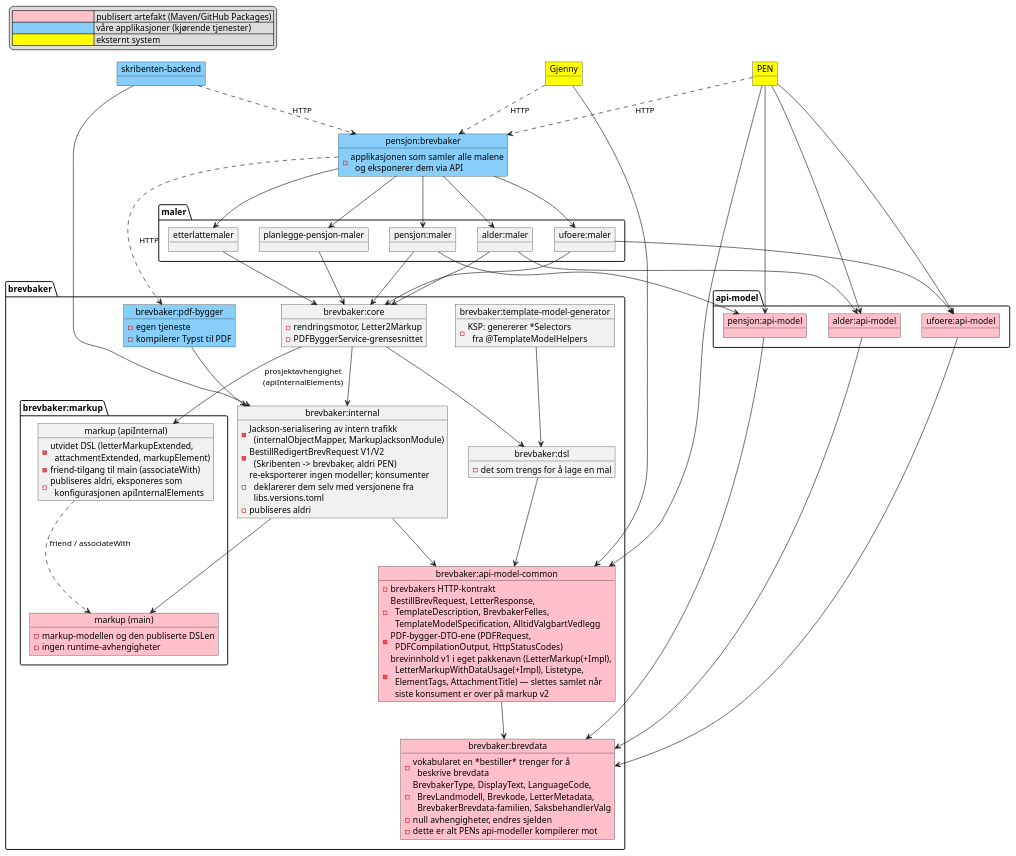
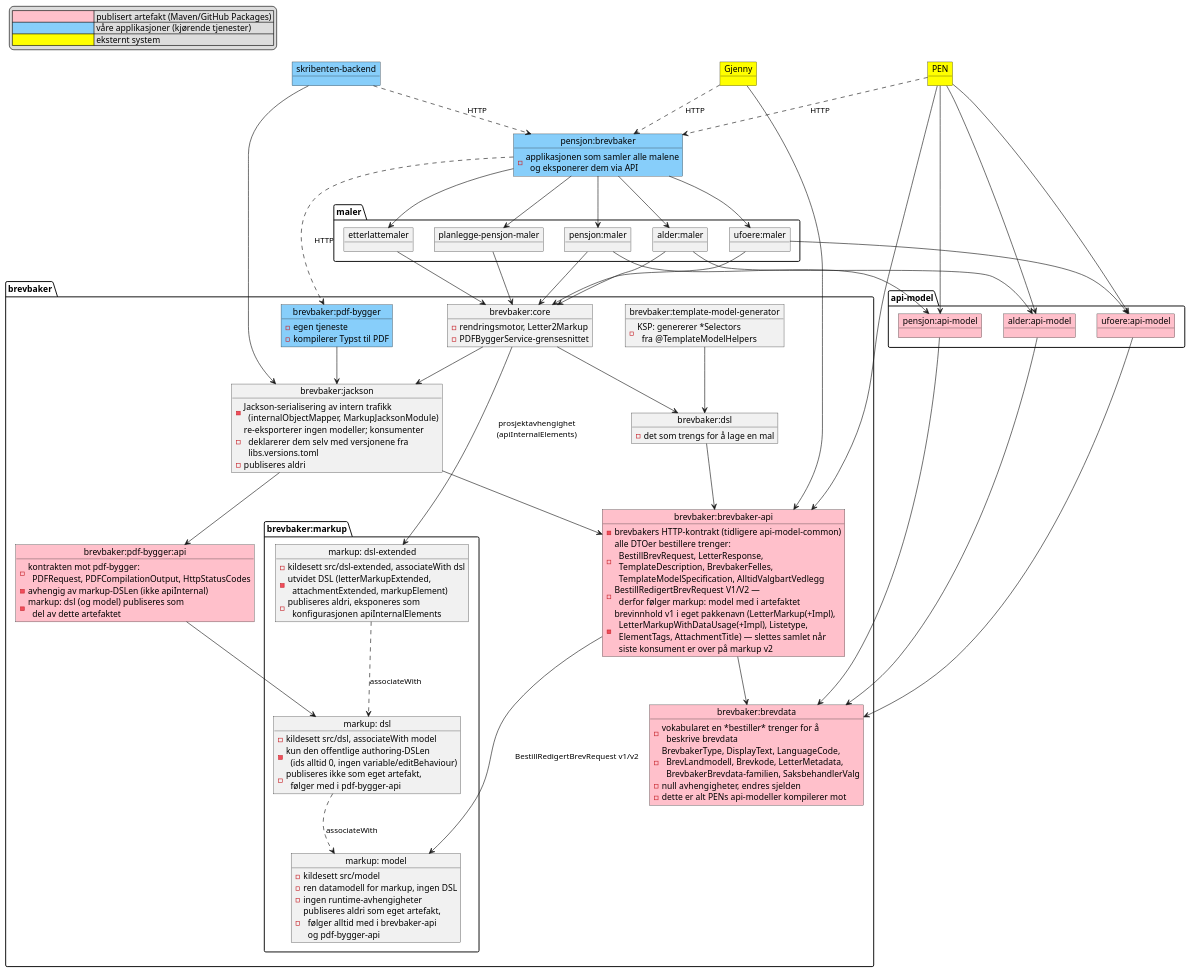
Before and after one commit to navikt/pensjonsbrev: the diagram in docs/modules/ROOT/examples/moduldiagram.puml, drawn with PlantUML.

```diff
--- a/docs/modules/ROOT/examples/moduldiagram.puml
+++ b/docs/modules/ROOT/examples/moduldiagram.puml
@@ -1,123 +1,137 @@
 @startuml
 
 legend top left
   |<#pink><color:#pink>WWWWWWWWWW</color> | publisert artefakt (Maven/GitHub Packages) |
   |<#lightskyblue><color:#lightskyblue>WWWWWWWWWW</color> | våre applikasjoner (kjørende tjenester) |
   |<#yellow><color:#yellow>WWWWWWWWWW</color> | eksternt system |
 endlegend
 
 package "brevbaker" {
 
   object "brevbaker:brevdata" as brevdata #pink
   brevdata : - vokabularet en *bestiller* trenger for å\n  beskrive brevdata
   brevdata : - BrevbakerType, DisplayText, LanguageCode,\n  BrevLandmodell, Brevkode, LetterMetadata,\n  BrevbakerBrevdata-familien, SaksbehandlerValg
   brevdata : - null avhengigheter, endres sjelden
   brevdata : - dette er alt PENs api-modeller kompilerer mot
 
-  object "brevbaker:api-model-common" as modelcommon #pink
-  modelcommon : - brevbakers HTTP-kontrakt
-  modelcommon : - BestillBrevRequest, LetterResponse,\n  TemplateDescription, BrevbakerFelles,\n  TemplateModelSpecification, AlltidValgbartVedlegg
-  modelcommon : - PDF-bygger-DTO-ene (PDFRequest,\n  PDFCompilationOutput, HttpStatusCodes)
-  modelcommon : - brevinnhold v1 i eget pakkenavn (LetterMarkup(+Impl),\n  LetterMarkupWithDataUsage(+Impl), Listetype,\n  ElementTags, AttachmentTitle) — slettes samlet når\n  siste konsument er over på markup v2
+  object "brevbaker:brevbaker-api" as brevbakerapi #pink
+  brevbakerapi : - brevbakers HTTP-kontrakt (tidligere api-model-common)
+  brevbakerapi : - alle DTOer bestillere trenger:\n  BestillBrevRequest, LetterResponse,\n  TemplateDescription, BrevbakerFelles,\n  TemplateModelSpecification, AlltidValgbartVedlegg
+  brevbakerapi : - BestillRedigertBrevRequest V1/V2 —\n  derfor følger markup: model med i artefaktet
+  brevbakerapi : - brevinnhold v1 i eget pakkenavn (LetterMarkup(+Impl),\n  LetterMarkupWithDataUsage(+Impl), Listetype,\n  ElementTags, AttachmentTitle) — slettes samlet når\n  siste konsument er over på markup v2
 
   package "brevbaker:markup" {
-    object "markup (main)" as markup #pink
-    markup : - markup-modellen og den publiserte DSLen
-    markup : - ingen runtime-avhengigheter
+    object "markup: model" as markupModel
+    markupModel : - kildesett src/model
+    markupModel : - ren datamodell for markup, ingen DSL
+    markupModel : - ingen runtime-avhengigheter
+    markupModel : - publiseres aldri som eget artefakt,\n  følger alltid med i brevbaker-api\n  og pdf-bygger-api
 
-    object "markup (apiInternal)" as markupInternal
+    object "markup: dsl" as markup
+    markup : - kildesett src/dsl, associateWith model
+    markup : - kun den offentlige authoring-DSLen\n  (ids alltid 0, ingen variable/editBehaviour)
+    markup : - publiseres ikke som eget artefakt,\n  følger med i pdf-bygger-api
+
+    object "markup: dsl-extended" as markupInternal
+    markupInternal : - kildesett src/dsl-extended, associateWith dsl
     markupInternal : - utvidet DSL (letterMarkupExtended,\n  attachmentExtended, markupElement)
-    markupInternal : - friend-tilgang til main (associateWith)
     markupInternal : - publiseres aldri, eksponeres som\n  konfigurasjonen apiInternalElements
   }
 
-  object "brevbaker:internal" as internal
-  internal : - Jackson-serialisering av intern trafikk\n  (internalObjectMapper, MarkupJacksonModule)
-  internal : - BestillRedigertBrevRequest V1/V2\n  (Skribenten -> brevbaker, aldri PEN)
-  internal : - re-eksporterer ingen modeller; konsumenter\n  deklarerer dem selv med versjonene fra\n  libs.versions.toml
-  internal : - publiseres aldri
+  object "brevbaker:jackson" as jackson
+  jackson : - Jackson-serialisering av intern trafikk\n  (internalObjectMapper, MarkupJacksonModule)
+  jackson : - re-eksporterer ingen modeller; konsumenter\n  deklarerer dem selv med versjonene fra\n  libs.versions.toml
+  jackson : - publiseres aldri
 
   object "brevbaker:dsl" as dsl
   dsl : - det som trengs for å lage en mal
 
   object "brevbaker:core" as core
   core : - rendringsmotor, Letter2Markup
   core : - PDFByggerService-grensesnittet
 
   object "brevbaker:template-model-generator" as tmg
   tmg : - KSP: genererer *Selectors\n  fra @TemplateModelHelpers
+
+  object "brevbaker:pdf-bygger:api" as pdfbyggerApi #pink
+  pdfbyggerApi : - kontrakten mot pdf-bygger:\n  PDFRequest, PDFCompilationOutput, HttpStatusCodes
+  pdfbyggerApi : - avhengig av markup-DSLen (ikke apiInternal)
+  pdfbyggerApi : - markup: dsl (og model) publiseres som\n  del av dette artefaktet
 
   object "brevbaker:pdf-bygger" as pdfbygger #lightskyblue
   pdfbygger : - egen tjeneste
   pdfbygger : - kompilerer Typst til PDF
 }
 
 package "maler" {
   object "pensjon:maler" as pensjonsmalene
   object "alder:maler" as aldersmalene
   object "ufoere:maler" as ufoeremalene
   object "etterlattemaler" as etterlatte
   object "planlegge-pensjon-maler" as planlegge
 }
 
 package "api-model" {
   object "pensjon:api-model" as pensjonapimodel #pink
   object "alder:api-model" as alderapimodel #pink
   object "ufoere:api-model" as ufoereapimodel #pink
 }
 
 object "pensjon:brevbaker" as brevbakerApp #lightskyblue
 brevbakerApp : - applikasjonen som samler alle malene\n  og eksponerer dem via API
 
 object "skribenten-backend" as skribenten #lightskyblue
 object PEN #yellow
 object Gjenny #yellow
 
 ' brevbaker-modulene
-markupInternal ..> markup : friend / associateWith
-modelcommon --> brevdata
-internal --> modelcommon
-internal --> markup
-dsl --> modelcommon
+markup ..> markupModel : associateWith
+markupInternal ..> markup : associateWith
+brevbakerapi --> brevdata
+brevbakerapi --> markupModel : BestillRedigertBrevRequest v1/v2
+pdfbyggerApi --> markup
+jackson --> brevbakerapi
+jackson --> pdfbyggerApi
+dsl --> brevbakerapi
 core --> dsl
-core --> internal
+core --> jackson
 core --> markupInternal : prosjektavhengighet\n(apiInternalElements)
 tmg --> dsl
-pdfbygger --> internal
+pdfbygger --> jackson
 
 ' malmoduler
 pensjonsmalene --> core
 aldersmalene --> core
 ufoeremalene --> core
 etterlatte --> core
 planlegge --> core
 
 pensjonsmalene --> pensjonapimodel
 aldersmalene --> alderapimodel
 ufoeremalene --> ufoereapimodel
 
 pensjonapimodel --> brevdata
 alderapimodel --> brevdata
 ufoereapimodel --> brevdata
 
 ' applikasjonen
 brevbakerApp --> pensjonsmalene
 brevbakerApp --> aldersmalene
 brevbakerApp --> ufoeremalene
 brevbakerApp --> etterlatte
 brevbakerApp --> planlegge
 brevbakerApp ..> pdfbygger : HTTP
 PEN ..> brevbakerApp : HTTP
 Gjenny ..> brevbakerApp : HTTP
 skribenten ..> brevbakerApp : HTTP
 
 
 ' konsumenter
-skribenten --> internal
+skribenten --> jackson
 PEN --> pensjonapimodel
 PEN --> alderapimodel
 PEN --> ufoereapimodel
-PEN --> modelcommon
-Gjenny --> modelcommon
+PEN --> brevbakerapi
+Gjenny --> brevbakerapi
 
 @enduml
```
